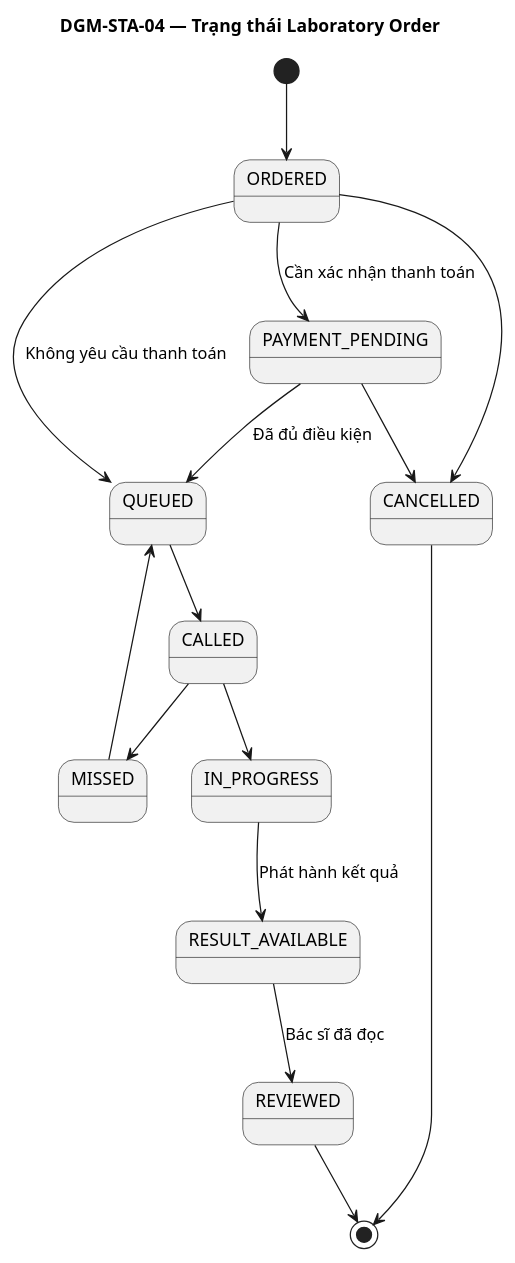
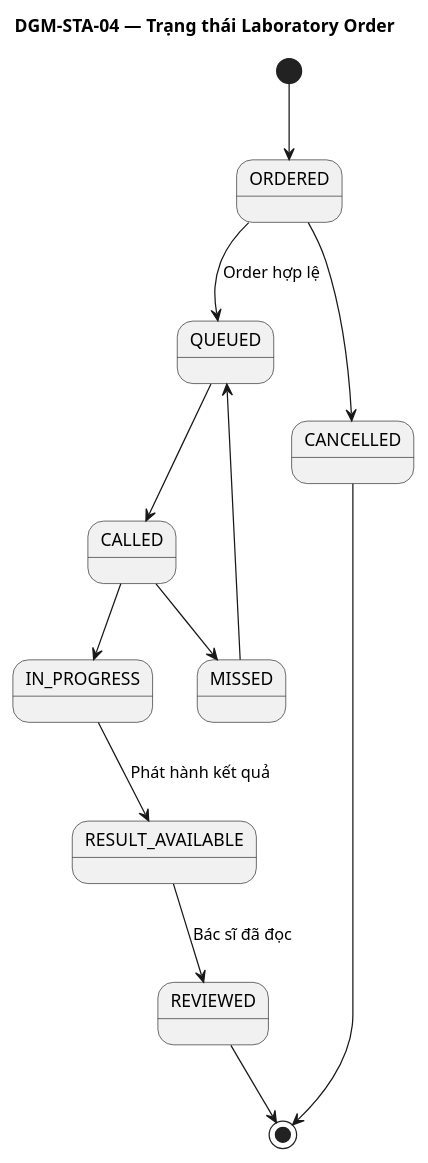
One commit to ntkhai268/careflow changed the diagram in docs/report/chapter-03/diagrams/state/dgm-sta-04-laboratory-order.puml. Above: the diagram before and after it, drawn with PlantUML. The commit also changed 26 other files, not shown here.

Commit message:
docs: align report with self-pay settlement flow

```diff
--- a/docs/report/chapter-03/diagrams/state/dgm-sta-04-laboratory-order.puml
+++ b/docs/report/chapter-03/diagrams/state/dgm-sta-04-laboratory-order.puml
@@ -1,21 +1,18 @@
 @startuml
 title DGM-STA-04 — Trạng thái Laboratory Order
 skinparam backgroundColor white
 skinparam shadowing false
 skinparam defaultFontName Arial
 
 [*] --> ORDERED
-ORDERED --> PAYMENT_PENDING : Cần xác nhận thanh toán
-ORDERED --> QUEUED : Không yêu cầu thanh toán
-PAYMENT_PENDING --> QUEUED : Đã đủ điều kiện
+ORDERED --> QUEUED : Order hợp lệ
 QUEUED --> CALLED
 CALLED --> IN_PROGRESS
 IN_PROGRESS --> RESULT_AVAILABLE : Phát hành kết quả
 RESULT_AVAILABLE --> REVIEWED : Bác sĩ đã đọc
 CALLED --> MISSED
 MISSED --> QUEUED
 ORDERED --> CANCELLED
-PAYMENT_PENDING --> CANCELLED
 REVIEWED --> [*]
 CANCELLED --> [*]
 @enduml
```
